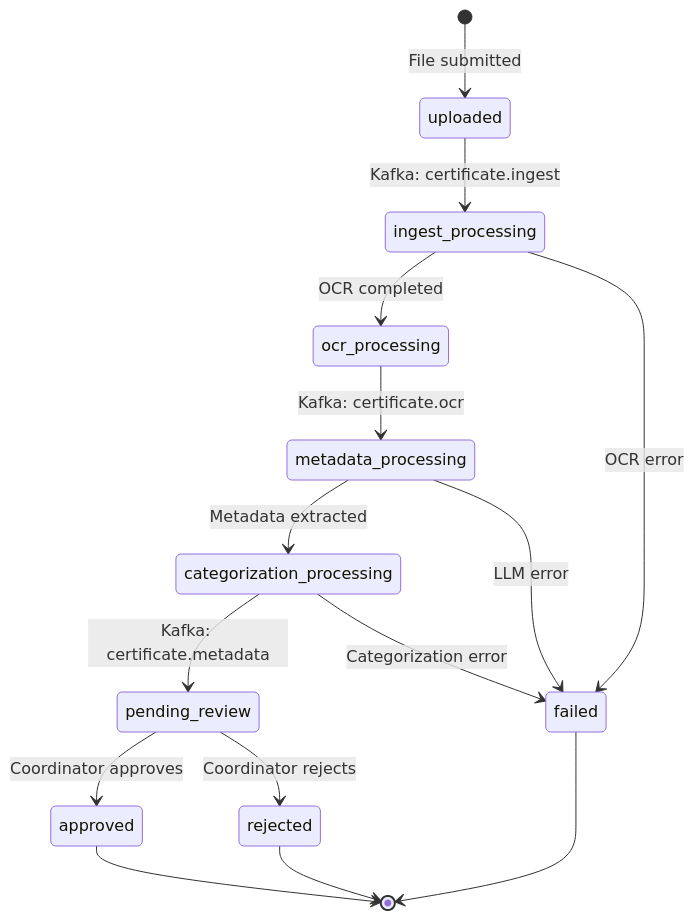
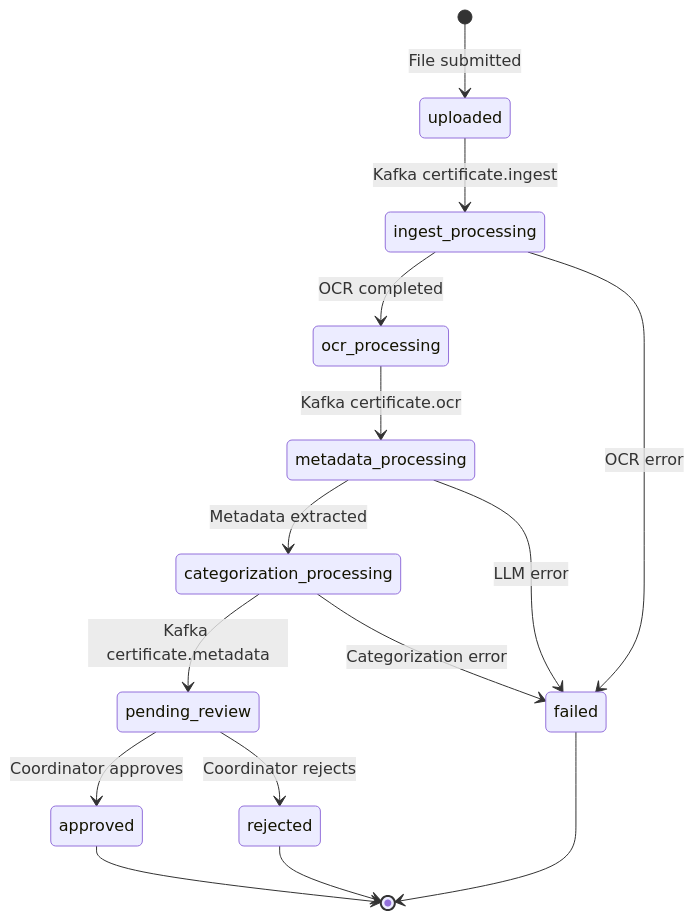
The second of 2 diagrams in README.md (TiagoSD22/ocr_nlp_poc), drawn with Mermaid before and after one commit.

Commit message:
Update README.md
Removed colons from Kafka event labels in the state diagram for consistency and clarity.

````diff
--- a/README.md
+++ b/README.md
@@ -66,18 +66,18 @@
 ```mermaid
 stateDiagram-v2
     [*] --> uploaded: File submitted
-    uploaded --> ingest_processing: Kafka: certificate.ingest
+    uploaded --> ingest_processing: Kafka certificate.ingest
     ingest_processing --> ocr_processing: OCR completed
-    ocr_processing --> metadata_processing: Kafka: certificate.ocr
+    ocr_processing --> metadata_processing: Kafka certificate.ocr
     metadata_processing --> categorization_processing: Metadata extracted
-    categorization_processing --> pending_review: Kafka: certificate.metadata
+    categorization_processing --> pending_review: Kafka certificate.metadata
     pending_review --> approved: Coordinator approves
     pending_review --> rejected: Coordinator rejects
     approved --> [*]
     rejected --> [*]
     
     ingest_processing --> failed: OCR error
     metadata_processing --> failed: LLM error
     categorization_processing --> failed: Categorization error
     failed --> [*]
 ```
````
